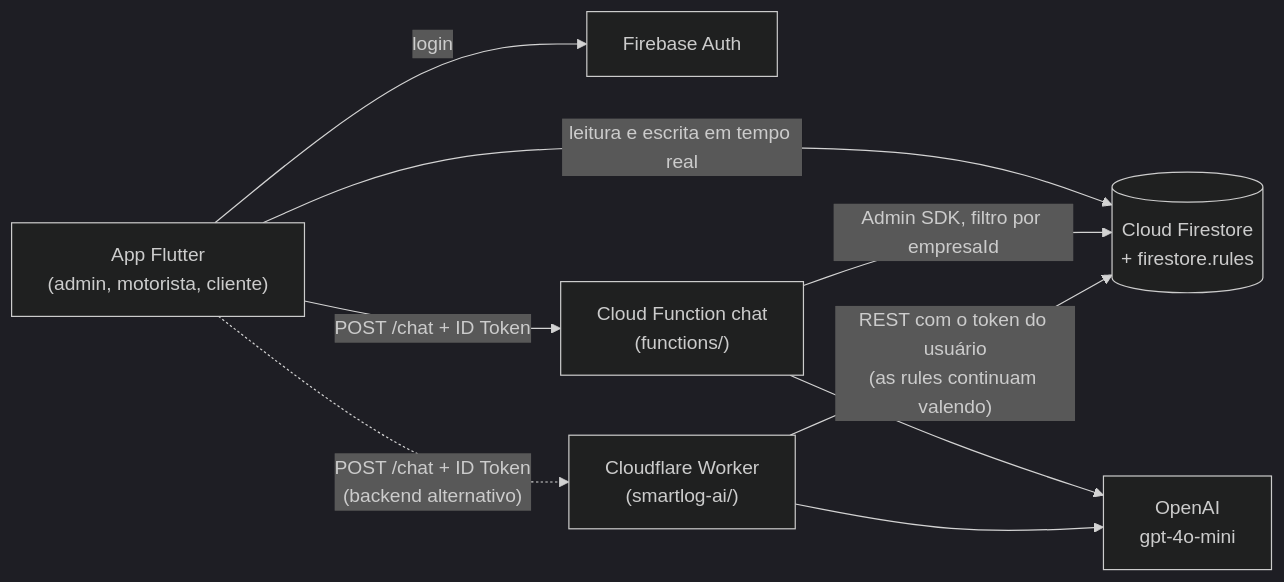
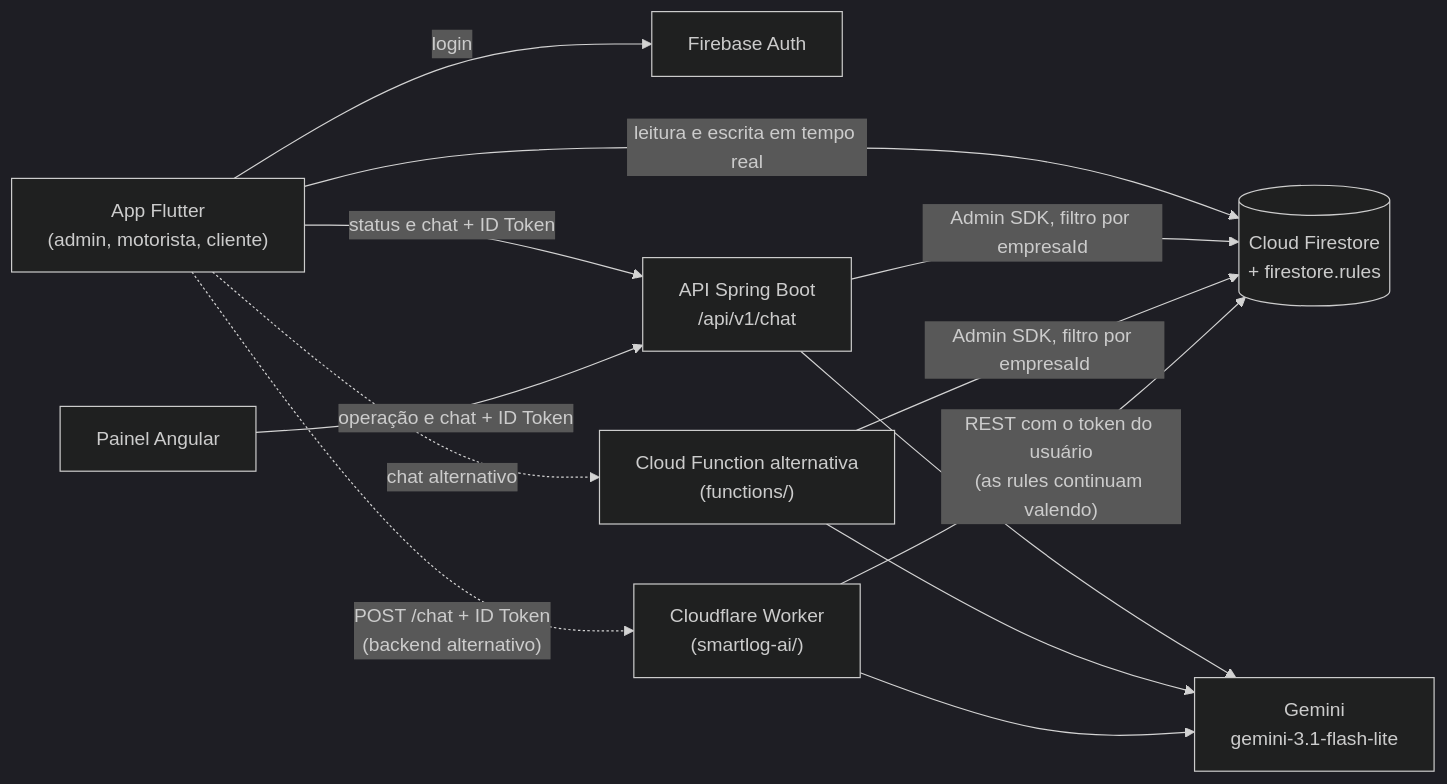
One commit to DeyvidJesus/Smartlog changed the diagram in README.md. Above: the diagram before and after it, drawn with Mermaid (dark theme). The commit also changed other lines of this file and 35 other files, not shown here.

````diff
--- a/README.md
+++ b/README.md
@@ -33,18 +37,24 @@
 ```mermaid
 flowchart LR
     App["App Flutter<br/>(admin, motorista, cliente)"]
     Auth["Firebase Auth"]
     FS[("Cloud Firestore<br/>+ firestore.rules")]
-    Fn["Cloud Function chat<br/>(functions/)"]
+    API["API Spring Boot<br/>/api/v1/chat"]
+    Web["Painel Angular"]
+    Fn["Cloud Function alternativa<br/>(functions/)"]
     CW["Cloudflare Worker<br/>(smartlog-ai/)"]
-    AI["OpenAI<br/>gpt-4o-mini"]
+    AI["Gemini<br/>gemini-3.1-flash-lite"]
 
     App -- "login" --> Auth
     App -- "leitura e escrita em tempo real" --> FS
-    App -- "POST /chat + ID Token" --> Fn
+    App -- "status e chat + ID Token" --> API
+    Web -- "operação e chat + ID Token" --> API
+    API -- "Admin SDK, filtro por empresaId" --> FS
+    API --> AI
+    App -. "chat alternativo" .-> Fn
     App -. "POST /chat + ID Token<br/>(backend alternativo)" .-> CW
     Fn -- "Admin SDK, filtro por empresaId" --> FS
     CW -- "REST com o token do usuário<br/>(as rules continuam valendo)" --> FS
     Fn --> AI
     CW --> AI
 ```
````
